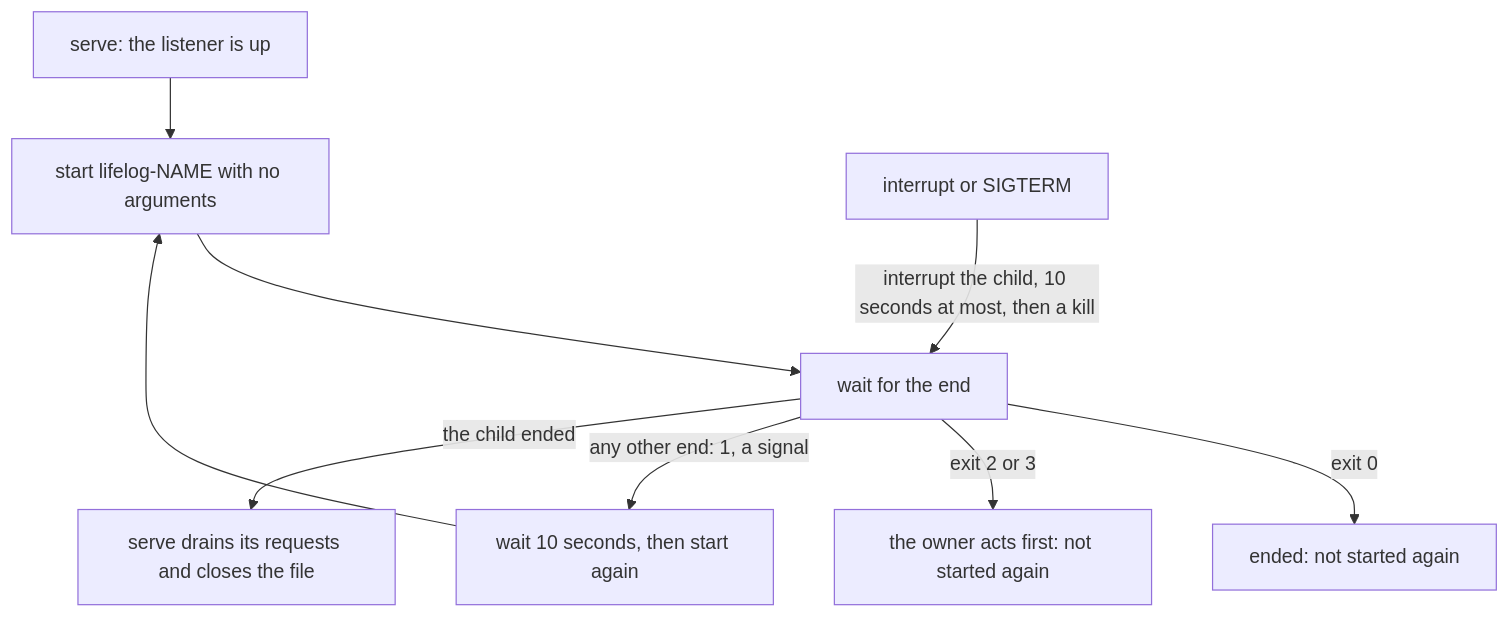
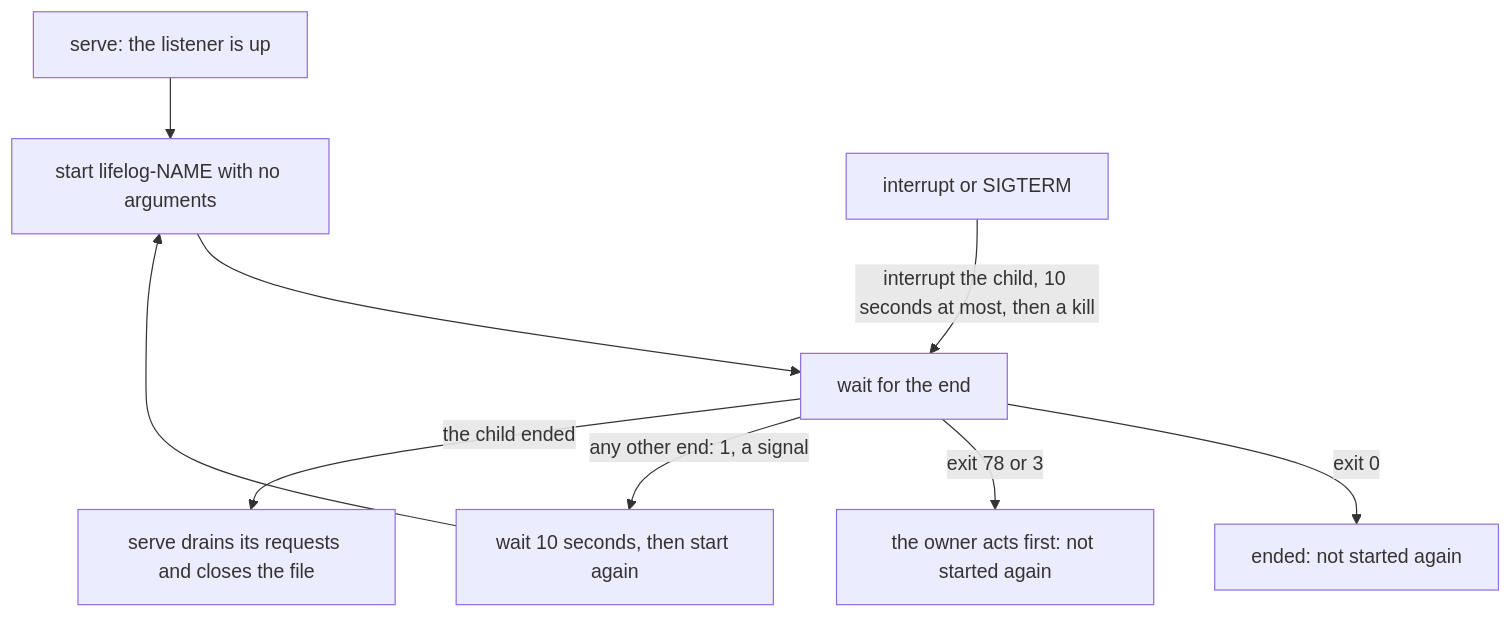
Before and after one commit to alexradunet/aminte: the second of 7 diagrams in extensions/README.md, drawn with Mermaid. The commit also changed other lines of this file and 28 other files, not shown here.

````diff
--- a/extensions/README.md
+++ b/extensions/README.md
@@ -79,11 +79,11 @@
 ```mermaid
 flowchart TD
   S["serve: the listener is up"] --> A["start lifelog-NAME with no arguments"]
   A --> W["wait for the end"]
   W -->|"exit 0"| E0["ended: not started again"]
-  W -->|"exit 2 or 3"| E2["the owner acts first: not started again"]
+  W -->|"exit 78 or 3"| E2["the owner acts first: not started again"]
   W -->|"any other end: 1, a signal"| R["wait 10 seconds, then start again"]
   R --> A
   T["interrupt or SIGTERM"] -->|"interrupt the child, 10 seconds at most, then a kill"| W
   W -->|"the child ended"| D["serve drains its requests and closes the file"]
 ```
````
